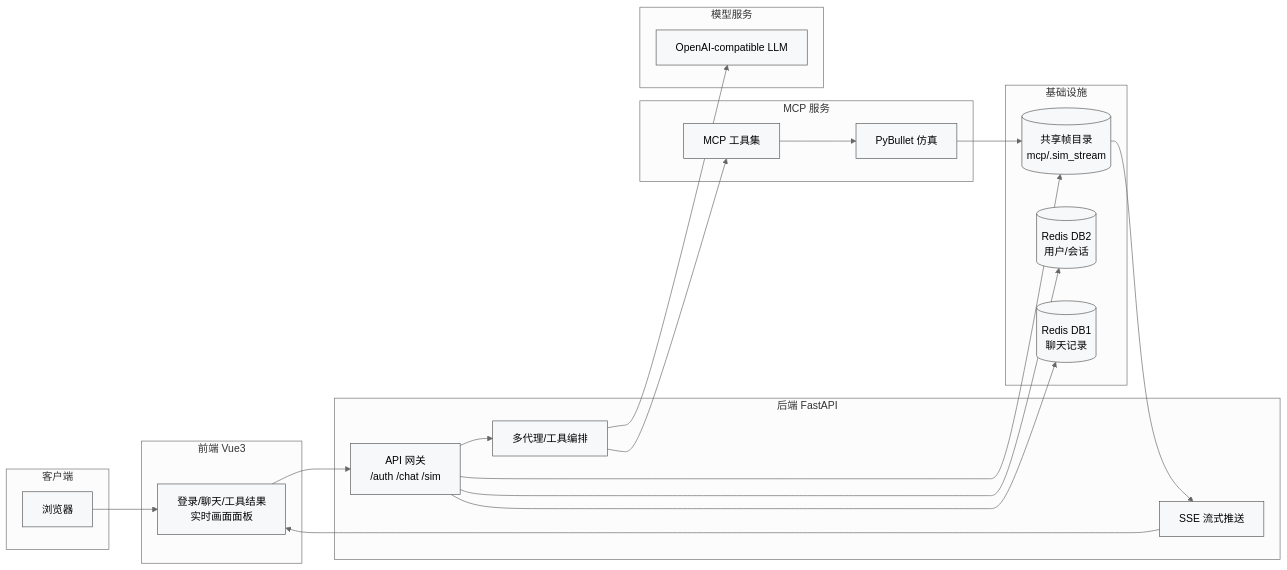
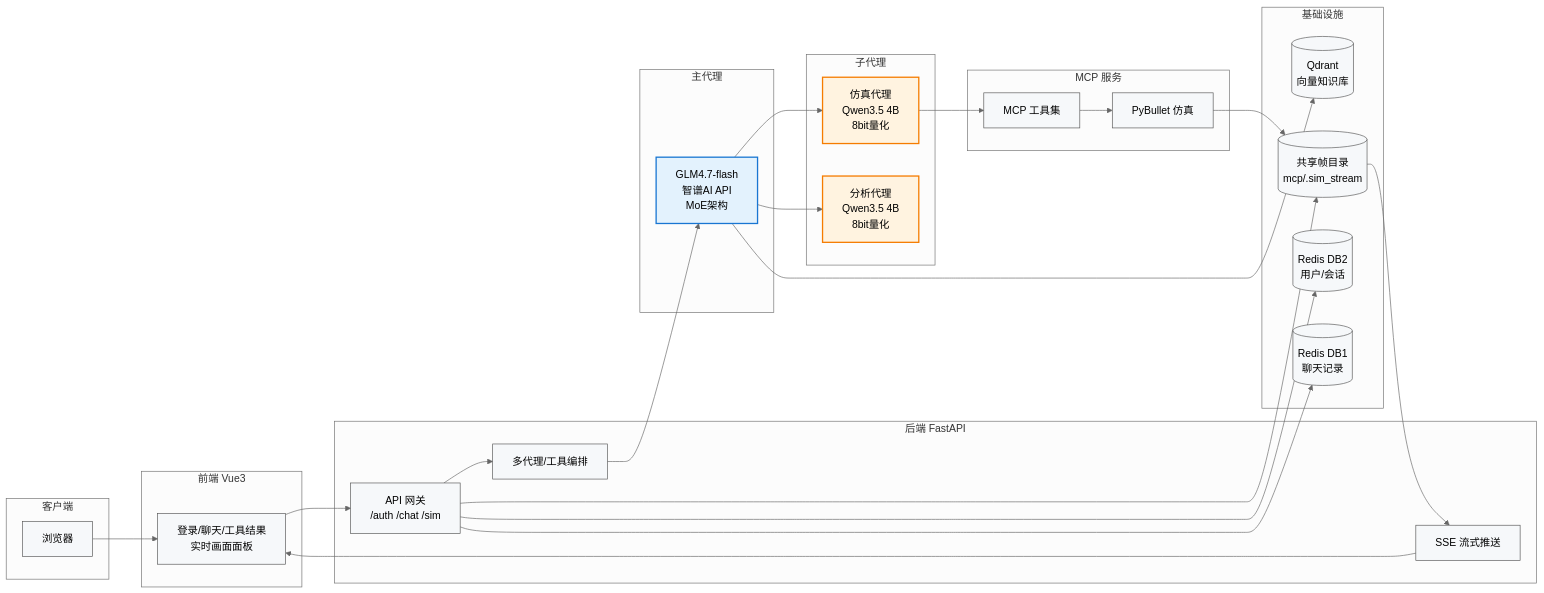
One commit to Playitcooool/robotagent changed the diagram in charts/architecture.md. Above: the diagram before and after it, drawn with Mermaid (neutral theme). The commit also changed 2 other files, not shown here.

Commit message:
V4.7.6 chats update

````diff
--- a/charts/architecture.md
+++ b/charts/architecture.md
@@ -3,48 +3,62 @@
 ```mermaid
 flowchart LR
   subgraph Client[客户端]
     browser[浏览器]
   end
 
   subgraph Frontend[前端 Vue3]
     ui[登录/聊天/工具结果
 实时画面面板]
   end
 
   subgraph Backend[后端 FastAPI]
     api[API 网关
 /auth /chat /sim]
     agent[多代理/工具编排]
     stream[SSE 流式推送]
   end
 
   subgraph Infra[基础设施]
     redis_auth[(Redis DB2
 用户/会话)]
     redis_chat[(Redis DB1
 聊天记录)]
+    qdrant[(Qdrant
+向量知识库)]
     sim_dir[(共享帧目录
 mcp/.sim_stream)]
   end
 
   subgraph MCP[MCP 服务]
     pyb[PyBullet 仿真]
     tools[MCP 工具集]
   end
 
-  subgraph Model[模型服务]
-    llm[OpenAI-compatible LLM]
+  subgraph MainAgent[主代理]
+    main_llm[GLM4.7-flash<br/>智谱AI API<br/>MoE架构]
+  end
+
+  subgraph SubAgents[子代理]
+    sim_agent[仿真代理<br/>Qwen3.5 4B<br/>8bit量化]
+    anal_agent[分析代理<br/>Qwen3.5 4B<br/>8bit量化]
   end
 
   browser --> ui --> api
   api --> agent
-  agent --> llm
-  agent --> tools
+  agent --> main_llm
+  main_llm --> sim_agent
+  main_llm --> anal_agent
+  sim_agent --> tools
   tools --> pyb --> sim_dir
   api --> sim_dir --> stream --> ui
   api --> redis_auth
   api --> redis_chat
+  main_llm --> qdrant
 
   classDef box fill:#f6f8fa,stroke:#555,stroke-width:1px;
-  class browser,ui,api,agent,stream,redis_auth,redis_chat,sim_dir,pyb,tools,llm box;
+  classDef main fill:#e3f2fd,stroke:#1976d2,stroke-width:2px;
+  classDef sub fill:#fff3e0,stroke:#f57c00,stroke-width:2px;
+  class browser,ui,api,agent,stream,redis_auth,redis_chat,qdrant,sim_dir,pyb,tools box;
+  class main_llm main;
+  class sim_agent,anal_agent sub;
 ```
````
